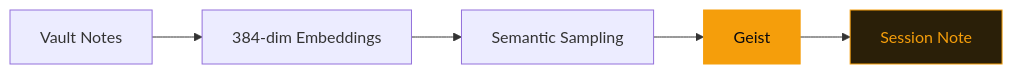
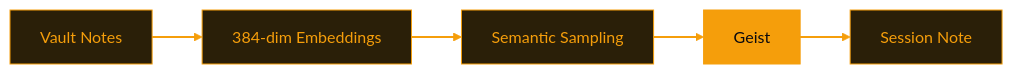
Before and after one commit to adewale/slide-maker: the diagram in decks/geist-fabrik/slides.md, drawn with Mermaid. The commit also changed other lines of this file and 21 other files, not shown here.

````diff
--- a/decks/geist-fabrik/slides.md
+++ b/decks/geist-fabrik/slides.md
@@ -231,9 +231,13 @@
 ```mermaid {theme: 'dark', scale: 0.85}
 graph LR
   V["Vault Notes"] --> E["384-dim Embeddings"]
   E --> S["Semantic Sampling"]
   S --> G["Geist"]
   G --> N["Session Note"]
+  style V fill:#2a1f08,stroke:#f59e0b,color:#f59e0b
+  style E fill:#2a1f08,stroke:#f59e0b,color:#f59e0b
+  style S fill:#2a1f08,stroke:#f59e0b,color:#f59e0b
   style G fill:#f59e0b,stroke:#f59e0b,color:#0a0a0f
   style N fill:#2a1f08,stroke:#f59e0b,color:#f59e0b
+  linkStyle default stroke:#f59e0b,stroke-width:2px
 ```
````
